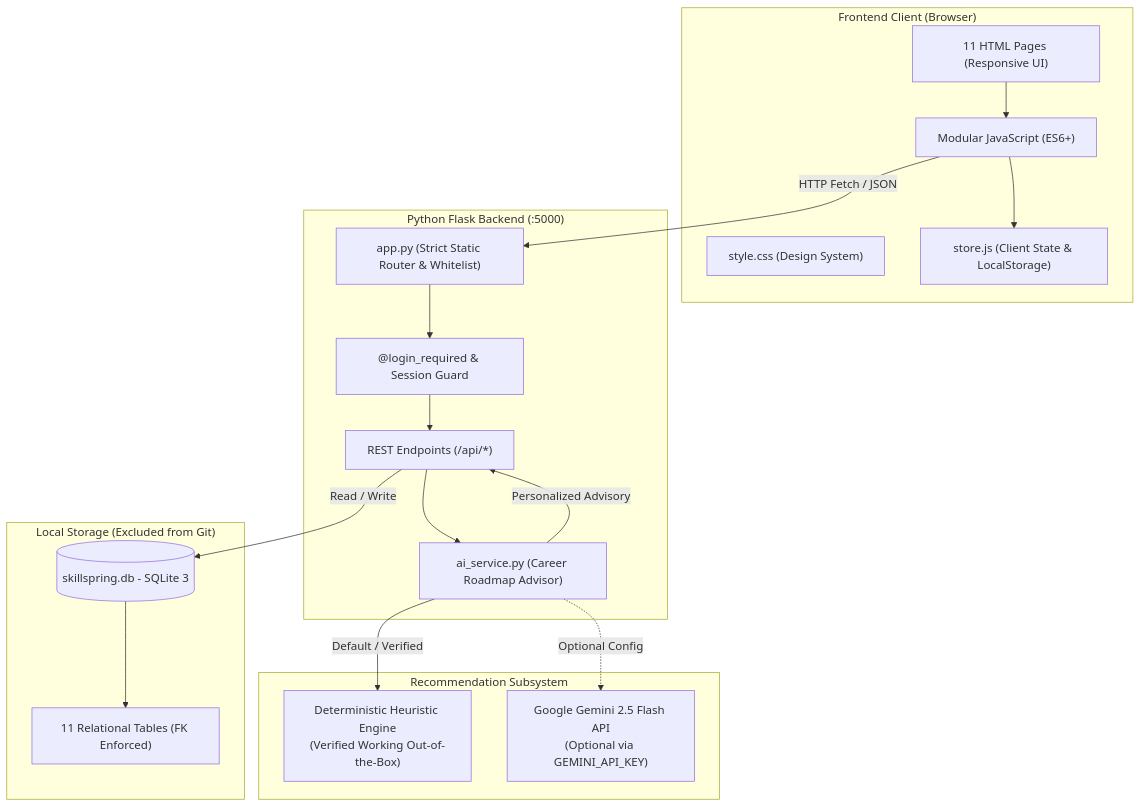
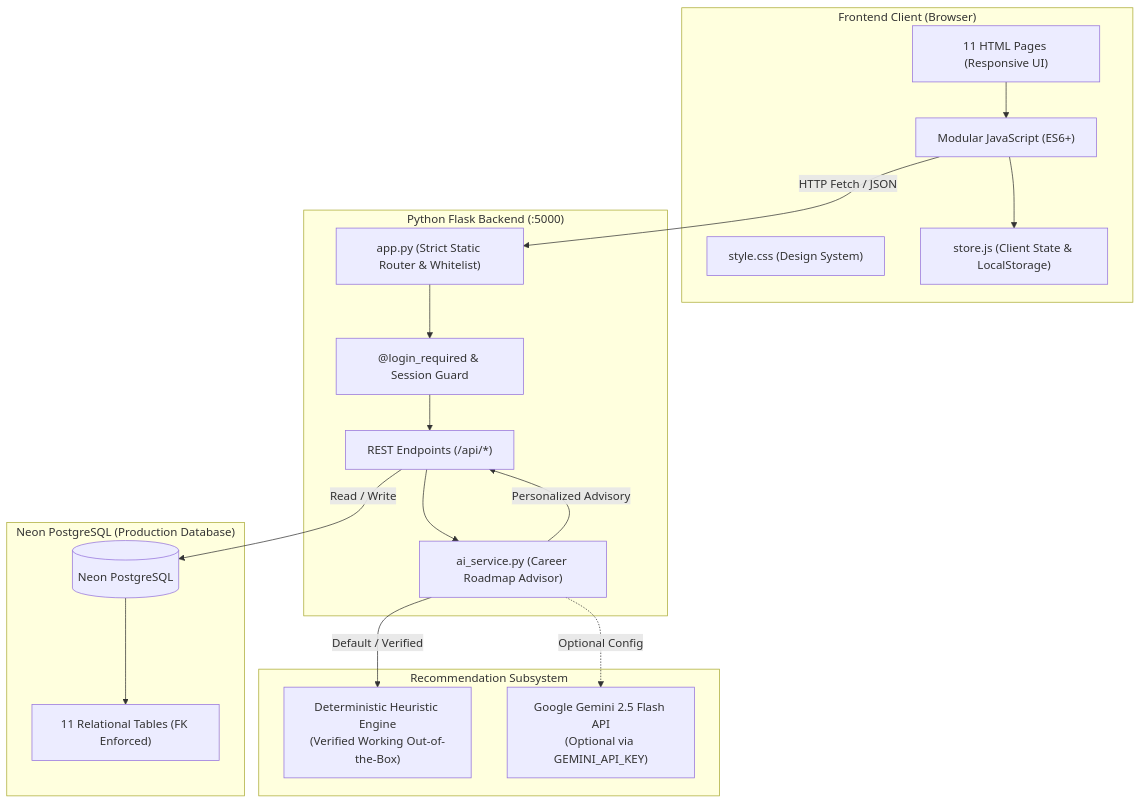
Before and after one commit to Madhuuuu03/SkillSpring: the first of 3 diagrams in README.md, drawn with Mermaid. The commit also changed other lines of this file and 18 other files, not shown here.

````diff
--- a/README.md
+++ b/README.md
@@ -105,38 +105,38 @@
 ```mermaid
 flowchart TD
     subgraph Client ["Frontend Client (Browser)"]
         UI["11 HTML Pages (Responsive UI)"]
         CSS["style.css (Design System)"]
         JS["Modular JavaScript (ES6+)"]
         Store["store.js (Client State & LocalStorage)"]
     end
 
     subgraph Server ["Python Flask Backend (:5000)"]
         Router["app.py (Strict Static Router & Whitelist)"]
         AuthMiddleware["@login_required & Session Guard"]
         API["REST Endpoints (/api/*)"]
         AIService["ai_service.py (Career Roadmap Advisor)"]
     end
 
     subgraph RecommendationArchitecture ["Recommendation Subsystem"]
         HeuristicEngine["Deterministic Heuristic Engine<br/>(Verified Working Out-of-the-Box)"]
         GeminiEngine["Google Gemini 2.5 Flash API<br/>(Optional via GEMINI_API_KEY)"]
     end
 
-    subgraph Storage ["Local Storage (Excluded from Git)"]
-        DB[(skillspring.db - SQLite 3)]
+    subgraph Storage ["Neon PostgreSQL (Production Database)"]
+        DB[(Neon PostgreSQL)]
         Tables["11 Relational Tables (FK Enforced)"]
     end
 
     UI --> JS
     JS --> Store
     JS -->|HTTP Fetch / JSON| Router
     Router --> AuthMiddleware
     AuthMiddleware --> API
     API -->|Read / Write| DB
     DB --> Tables
     API --> AIService
     AIService -->|Default / Verified| HeuristicEngine
     AIService -.->|Optional Config| GeminiEngine
     AIService -->|Personalized Advisory| API
 ```
````
